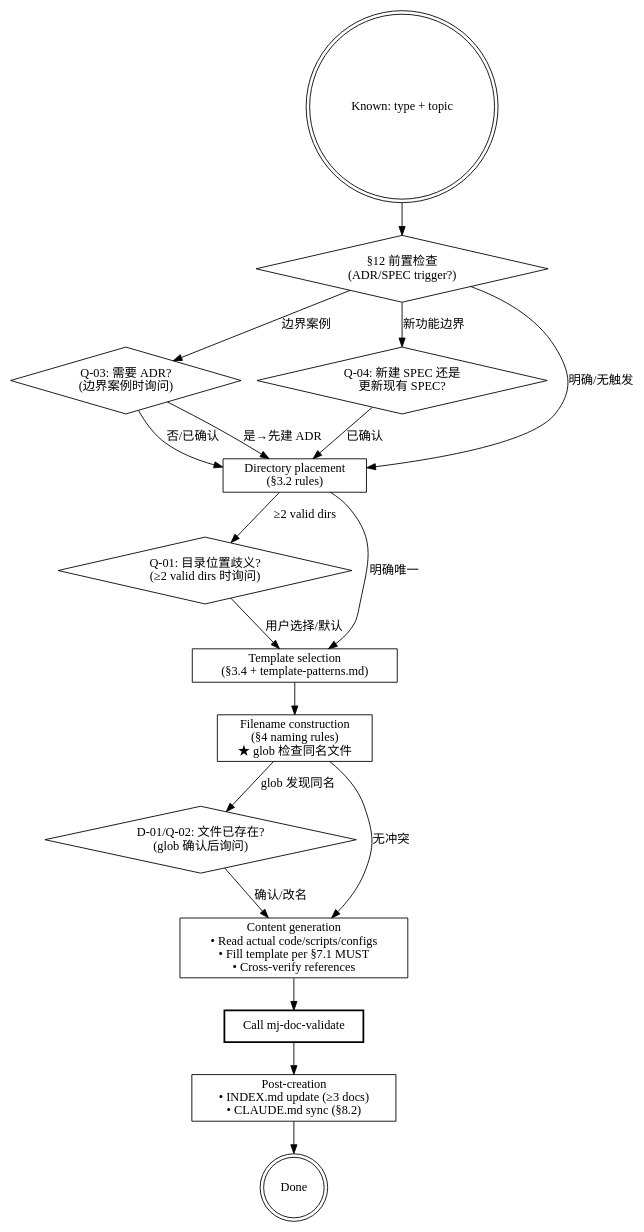
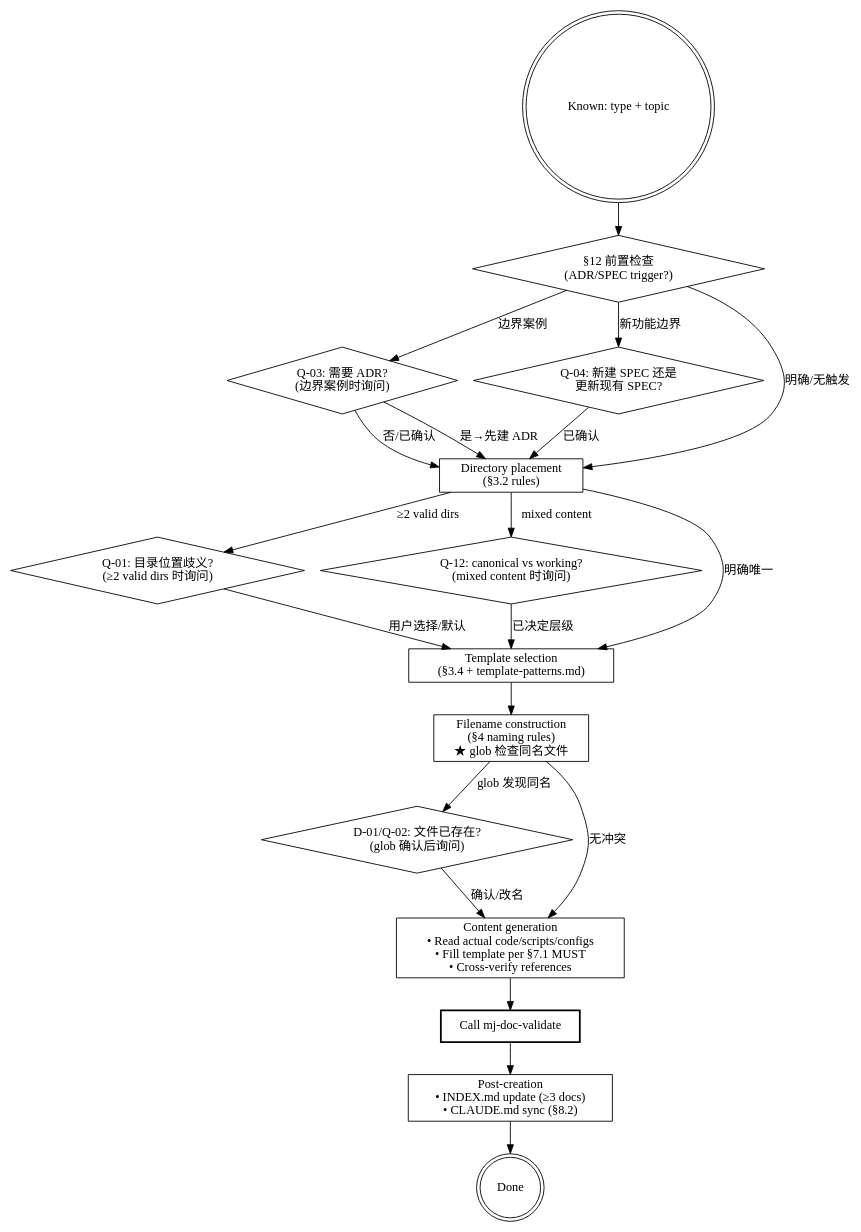
The diagram in plugins/mj-doc/skills/mj-doc-author/SKILL.md (MJ-AgentLab/mj-agentlab-marketplace), drawn with Graphviz before and after one commit. The commit also changed other lines of this file and 28 other files, not shown here.

````diff
--- a/plugins/mj-doc/skills/mj-doc-author/SKILL.md
+++ b/plugins/mj-doc/skills/mj-doc-author/SKILL.md
@@ -18,42 +20,45 @@
 ```dot
 digraph author {
   rankdir=TB;
   start [label="Known: type + topic" shape=doublecircle];
   precheck [label="§12 前置检查\n(ADR/SPEC trigger?)" shape=diamond];
 
   q03 [label="Q-03: 需要 ADR?\n(边界案例时询问)" shape=diamond];
   q04 [label="Q-04: 新建 SPEC 还是\n更新现有 SPEC?" shape=diamond];
 
   dir [label="Directory placement\n(§3.2 rules)" shape=box];
 
   q01 [label="Q-01: 目录位置歧义?\n(≥2 valid dirs 时询问)" shape=diamond];
 
+  q12 [label="Q-12: canonical vs working?\n(mixed content 时询问)" shape=diamond];
   template [label="Template selection\n(§3.4 + template-patterns.md)" shape=box];
   filename [label="Filename construction\n(§4 naming rules)\n★ glob 检查同名文件" shape=box];
 
   d01q02 [label="D-01/Q-02: 文件已存在?\n(glob 确认后询问)" shape=diamond];
 
   content [label="Content generation\n• Read actual code/scripts/configs\n• Fill template per §7.1 MUST\n• Cross-verify references" shape=box];
   validate [label="Call mj-doc-validate" shape=box style=bold];
   post [label="Post-creation\n• INDEX.md update (≥3 docs)\n• CLAUDE.md sync (§8.2)" shape=box];
   done [label="Done" shape=doublecircle];
 
   start -> precheck;
   precheck -> q03 [label="边界案例"];
   precheck -> q04 [label="新功能边界"];
   precheck -> dir [label="明确/无触发"];
   q03 -> dir [label="否/已确认"];
   q03 -> dir [label="是→先建 ADR"];
   q04 -> dir [label="已确认"];
+  dir -> q12 [label="mixed content"];
   dir -> q01 [label="≥2 valid dirs"];
   dir -> template [label="明确唯一"];
+  q12 -> template [label="已决定层级"];
   q01 -> template [label="用户选择/默认"];
   template -> filename;
   filename -> d01q02 [label="glob 发现同名"];
   filename -> content [label="无冲突"];
   d01q02 -> content [label="确认/改名"];
   content -> validate;
   validate -> post;
   post -> done;
 }
 ```
````
